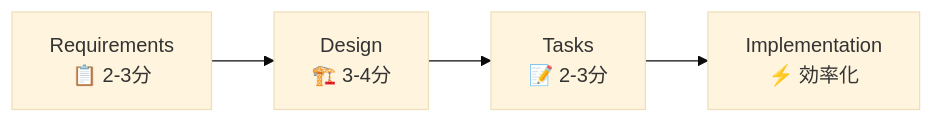
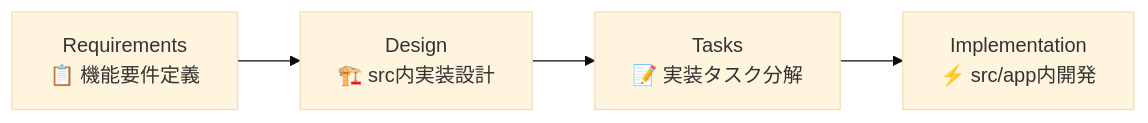
Before and after one commit to shouta0715/shunsaku-monorepo: the diagram in apps/web/.claude/CLAUDE.md, drawn with Mermaid (base theme). The commit also changed other lines of this file and 4 other files, not shown here.

````diff
--- a/apps/web/.claude/CLAUDE.md
+++ b/apps/web/.claude/CLAUDE.md
@@ -102,6 +105,6 @@
 ```mermaid
 graph LR
-    A[Requirements<br/>📋 2-3分] --> B[Design<br/>🏗️ 3-4分]
-    B --> C[Tasks<br/>📝 2-3分]
-    C --> D[Implementation<br/>⚡ 効率化]
+    A[Requirements<br/>📋 機能要件定義] --> B[Design<br/>🏗️ src内実装設計]
+    B --> C[Tasks<br/>📝 実装タスク分解]
+    C --> D[Implementation<br/>⚡ src/app内開発]
 ```
````
